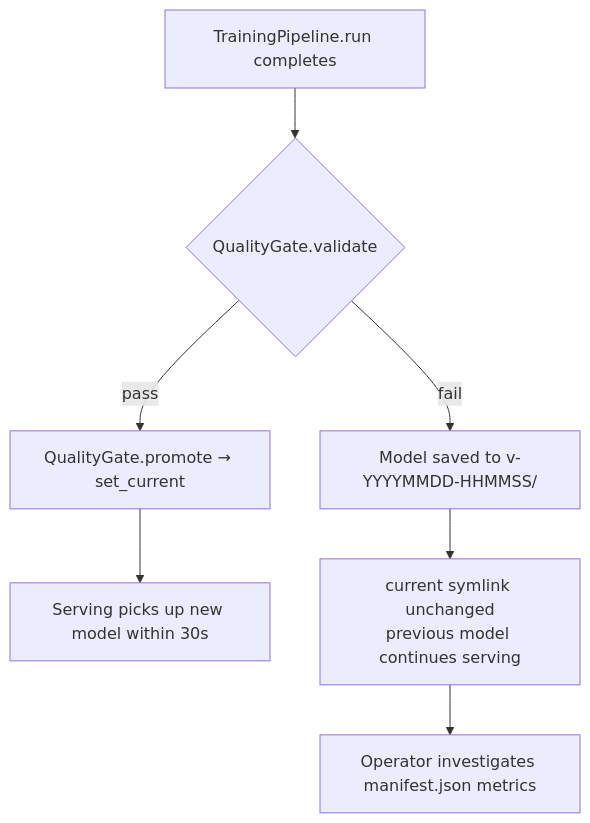
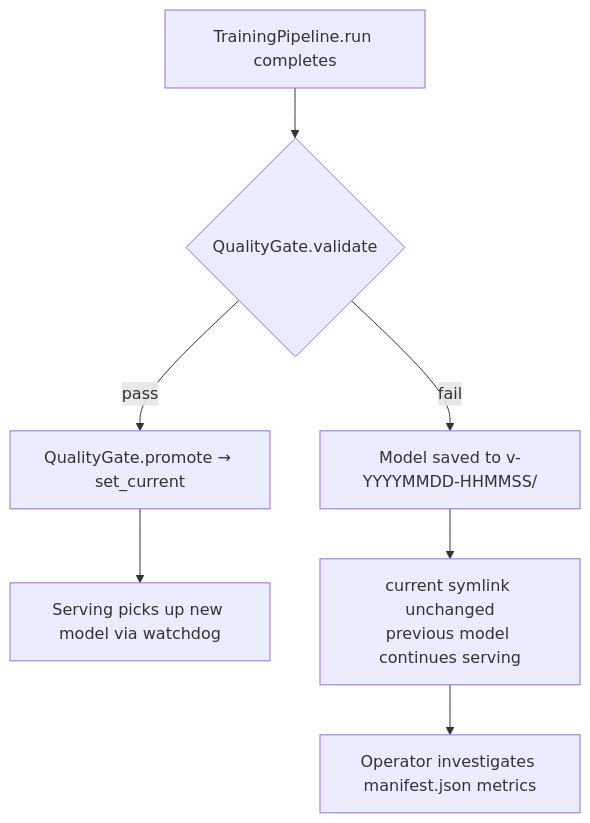
The third of 3 diagrams in docs/DESIGN.md (nlorber/transaction-classifier), drawn with Mermaid before and after one commit. The commit also changed other lines of this file, not shown here.

Commit message:
docs: update DESIGN.md for single-tenant architecture and new features

````diff
--- a/docs/DESIGN.md
+++ b/docs/DESIGN.md
@@ -288,9 +267,9 @@
 ```mermaid
 flowchart TD
     A[TrainingPipeline.run completes] --> B{QualityGate.validate}
     B -->|pass| C[QualityGate.promote → set_current]
-    C --> D[Serving picks up new model within 30s]
+    C --> D[Serving picks up new model via watchdog]
     B -->|fail| E[Model saved to v-YYYYMMDD-HHMMSS/]
     E --> F["current symlink unchanged\nprevious model continues serving"]
     F --> G[Operator investigates manifest.json metrics]
 ```
````
